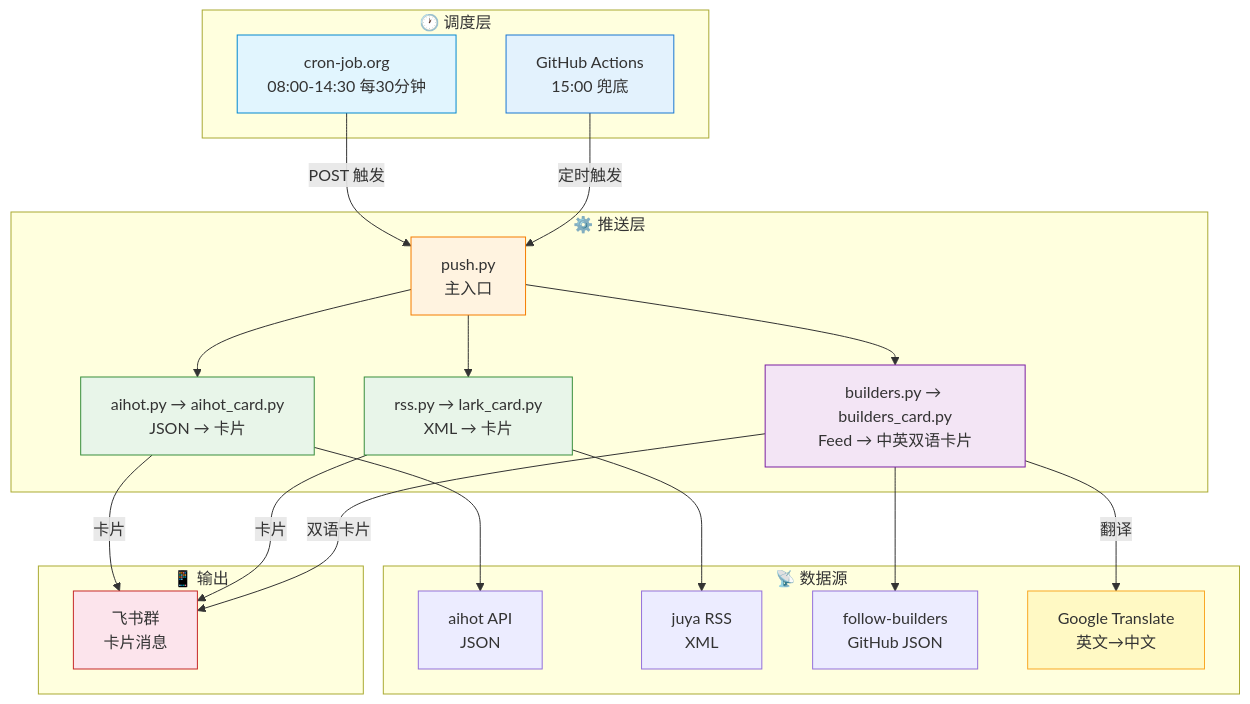
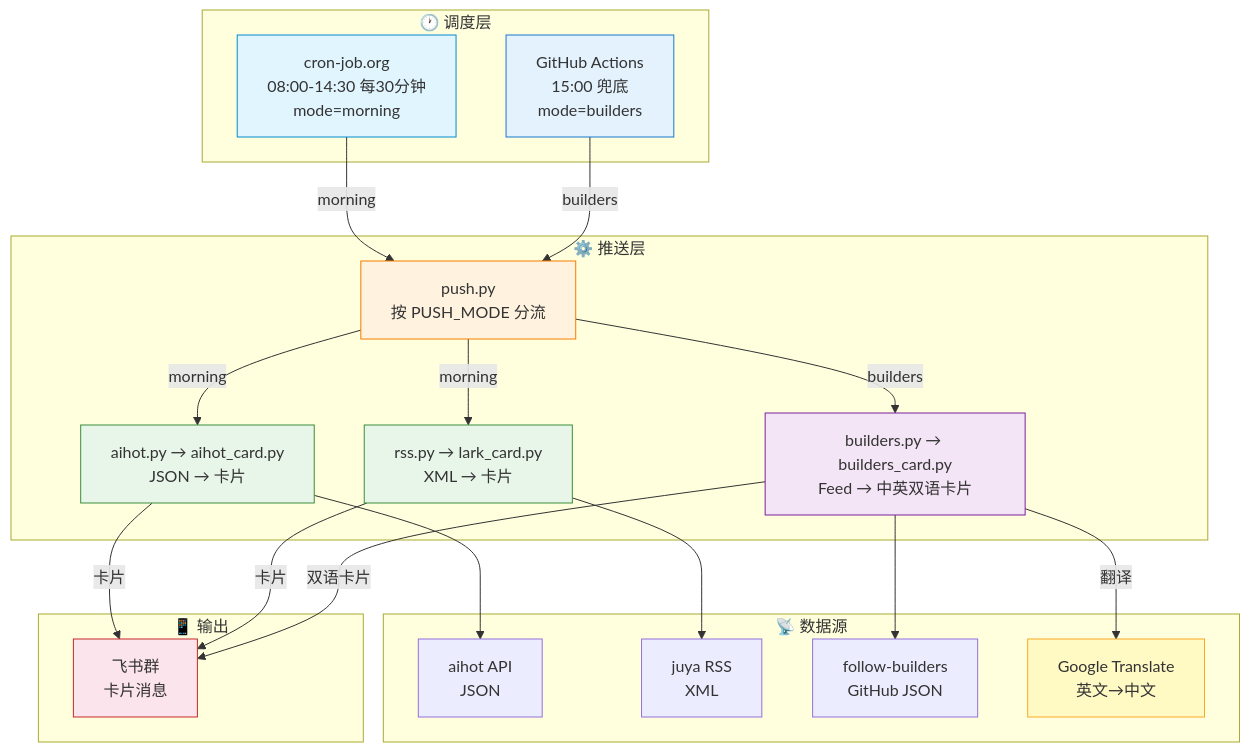
The first of 2 diagrams in README.md (Ai-luren/ainews-to-feishu), drawn with Mermaid before and after one commit. The commit also changed other lines of this file, not shown here.

````diff
--- a/README.md
+++ b/README.md
@@ -130,47 +133,47 @@
 ```mermaid
 flowchart TB
     subgraph 调度["🕐 调度层"]
-        C1["cron-job.org<br/>08:00-14:30 每30分钟"]
-        C2["GitHub Actions<br/>15:00 兜底"]
+        C1["cron-job.org<br/>08:00-14:30 每30分钟<br/>mode=morning"]
+        C2["GitHub Actions<br/>15:00 兜底<br/>mode=builders"]
     end
 
     subgraph 推送["⚙️ 推送层"]
-        P["push.py<br/>主入口"]
+        P["push.py<br/>按 PUSH_MODE 分流"]
         A["aihot.py → aihot_card.py<br/>JSON → 卡片"]
         J["rss.py → lark_card.py<br/>XML → 卡片"]
         B["builders.py → builders_card.py<br/>Feed → 中英双语卡片"]
     end
 
     subgraph 数据["📡 数据源"]
         A1["aihot API<br/>JSON"]
         J1["juya RSS<br/>XML"]
         B1["follow-builders<br/>GitHub JSON"]
         T["Google Translate<br/>英文→中文"]
     end
 
     subgraph 输出["📱 输出"]
         F["飞书群<br/>卡片消息"]
     end
 
-    C1 -->|"POST 触发"| P
-    C2 -->|"定时触发"| P
-    P --> A
-    P --> J
-    P --> B
+    C1 -->|"morning"| P
+    C2 -->|"builders"| P
+    P -->|"morning"| A
+    P -->|"morning"| J
+    P -->|"builders"| B
     A --> A1
     J --> J1
     B --> B1
     B -->|"翻译"| T
     A -->|"卡片"| F
     J -->|"卡片"| F
     B -->|"双语卡片"| F
 
     style C1 fill:#e1f5fe,stroke:#0288d1
     style C2 fill:#e3f2fd,stroke:#1976d2
     style P fill:#fff3e0,stroke:#f57c00
     style A fill:#e8f5e9,stroke:#388e3c
     style J fill:#e8f5e9,stroke:#388e3c
     style B fill:#f3e5f5,stroke:#7b1fa2
     style T fill:#fff9c4,stroke:#f9a825
     style F fill:#fce4ec,stroke:#c62828
 ```
````
